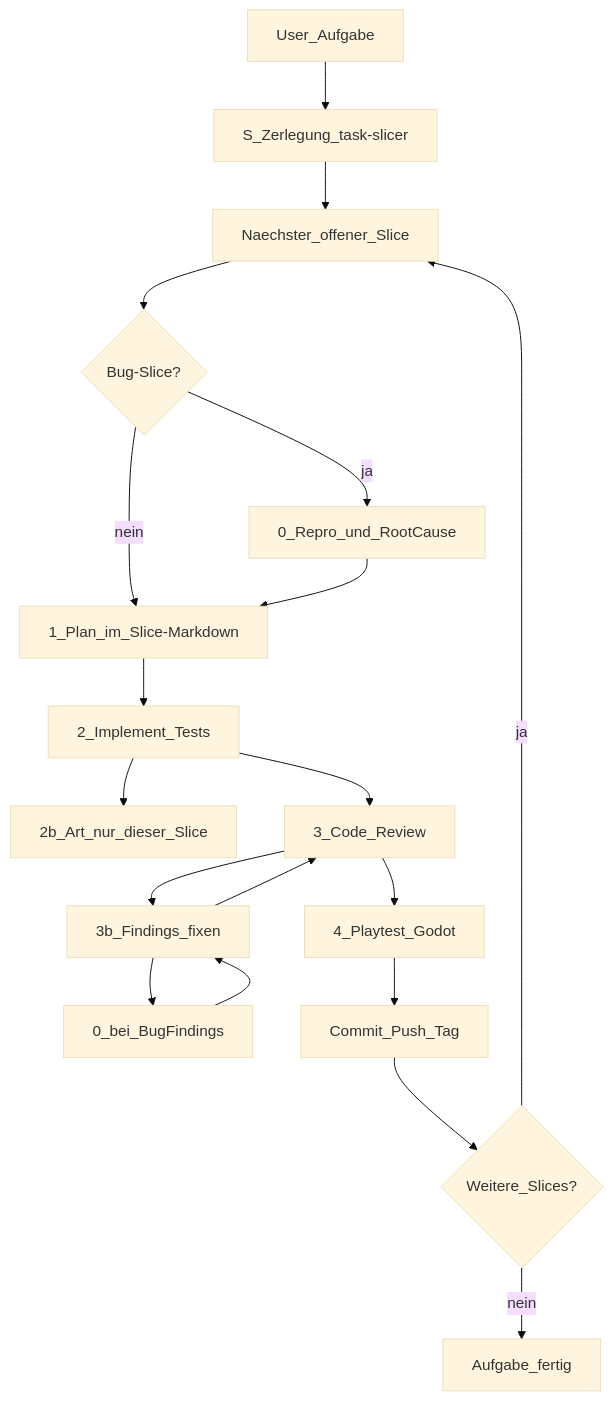
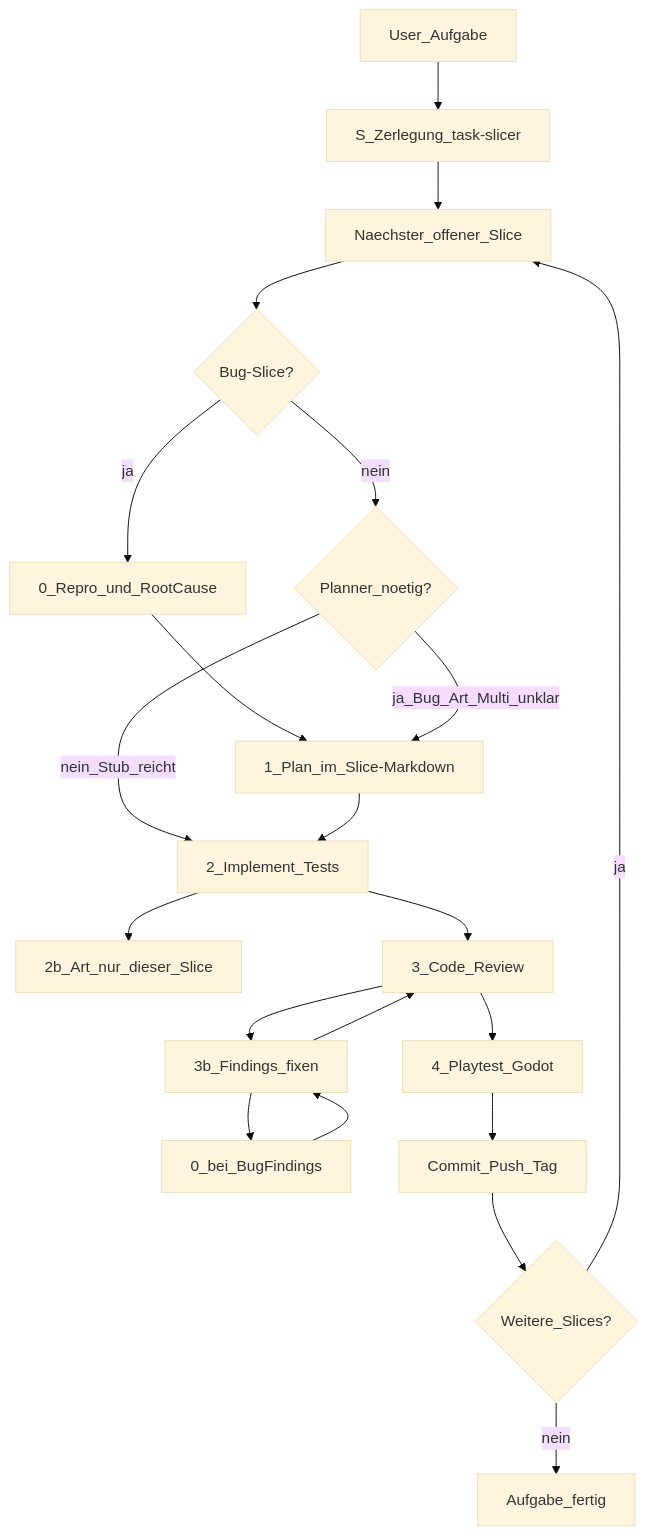
Before and after one commit to stefanObs/transforming-rescue-mechs: the diagram in docs/ENTWICKLUNGSABLAUF.md, drawn with Mermaid (base theme). The commit also changed other lines of this file and 13 other files, not shown here.

````diff
--- a/docs/ENTWICKLUNGSABLAUF.md
+++ b/docs/ENTWICKLUNGSABLAUF.md
@@ -7,21 +9,23 @@
 ```mermaid
 flowchart TB
   Task[User_Aufgabe] --> S[S_Zerlegung_task-slicer]
   S --> Q[Naechster_offener_Slice]
   Q --> Bug{Bug-Slice?}
   Bug -->|ja| RCA[0_Repro_und_RootCause]
-  Bug -->|nein| P
-  RCA --> P[1_Plan_im_Slice-Markdown]
+  Bug -->|nein| PlanQ{Planner_noetig?}
+  RCA --> P
+  PlanQ -->|ja_Bug_Art_Multi_unklar| P[1_Plan_im_Slice-Markdown]
+  PlanQ -->|nein_Stub_reicht| I
   P --> I[2_Implement_Tests]
   I --> A[2b_Art_nur_dieser_Slice]
   I --> R[3_Code_Review]
   R --> F[3b_Findings_fixen]
   F --> RCA2[0_bei_BugFindings]
   RCA2 --> F
   F --> R
   R --> T[4_Playtest_Godot]
   T --> Git[Commit_Push_Tag]
   Git --> More{Weitere_Slices?}
   More -->|ja| Q
   More -->|nein| Done[Aufgabe_fertig]
 ```
````
